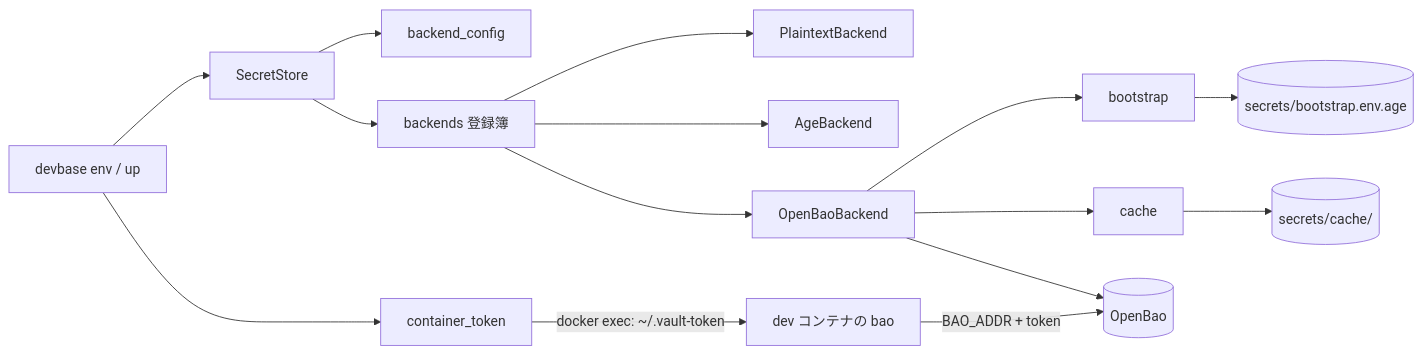
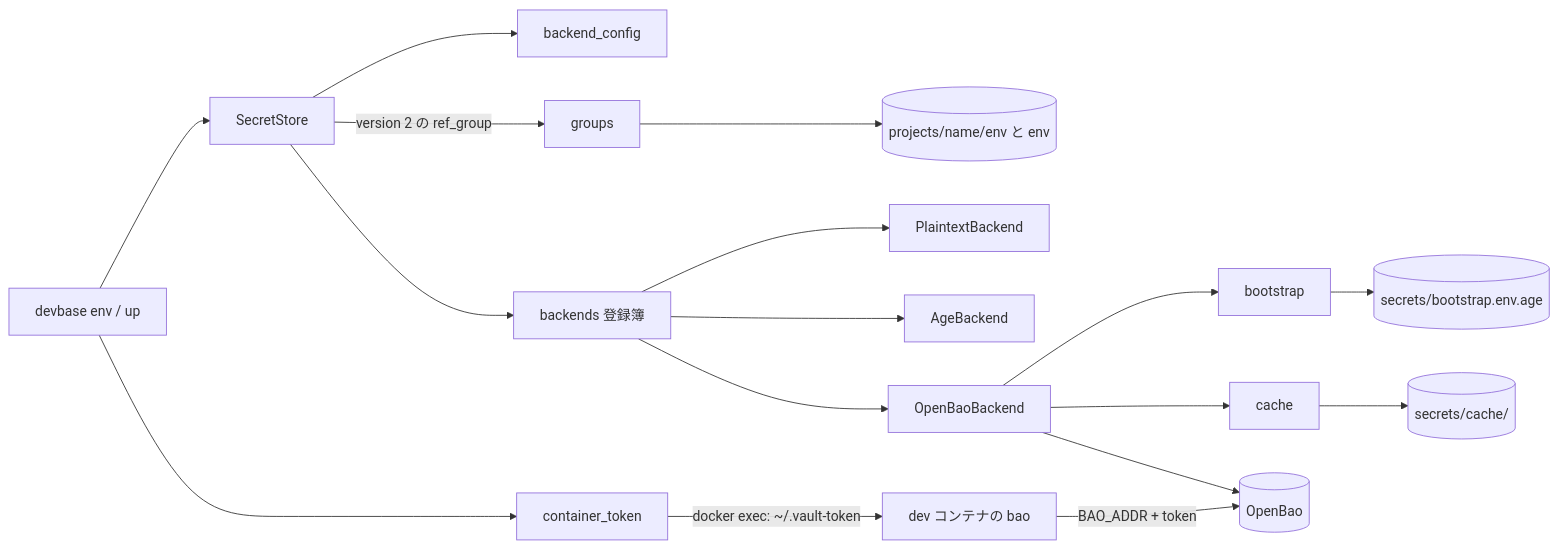
Before and after one commit to devbasex/devbase: the first of 2 diagrams in docs/specifications/secret-backend.md, drawn with Mermaid. The commit also changed other lines of this file and 3 other files, not shown here.

````diff
--- a/docs/specifications/secret-backend.md
+++ b/docs/specifications/secret-backend.md
@@ -75,17 +92,19 @@
 ```mermaid
 flowchart LR
     CLI[devbase env / up] --> ST[SecretStore]
     ST --> CFG[backend_config]
+    ST -->|version 2 の ref_group| GR[groups]
+    GR --> ENVF[(projects/name/env と env)]
     ST --> REG[backends 登録簿]
     REG --> PT[PlaintextBackend]
     REG --> AGE[AgeBackend]
     REG --> OB[OpenBaoBackend]
     OB --> BS[bootstrap]
     OB --> CA[cache]
     BS --> AGEFILE[(secrets/bootstrap.env.age)]
     CA --> CAFILE[(secrets/cache/)]
     CLI --> CT[container_token]
     CT -->|docker exec: ~/.vault-token| DEV[dev コンテナの bao]
     DEV -->|BAO_ADDR + token| SRV[(OpenBao)]
     OB --> SRV
 ```
````
